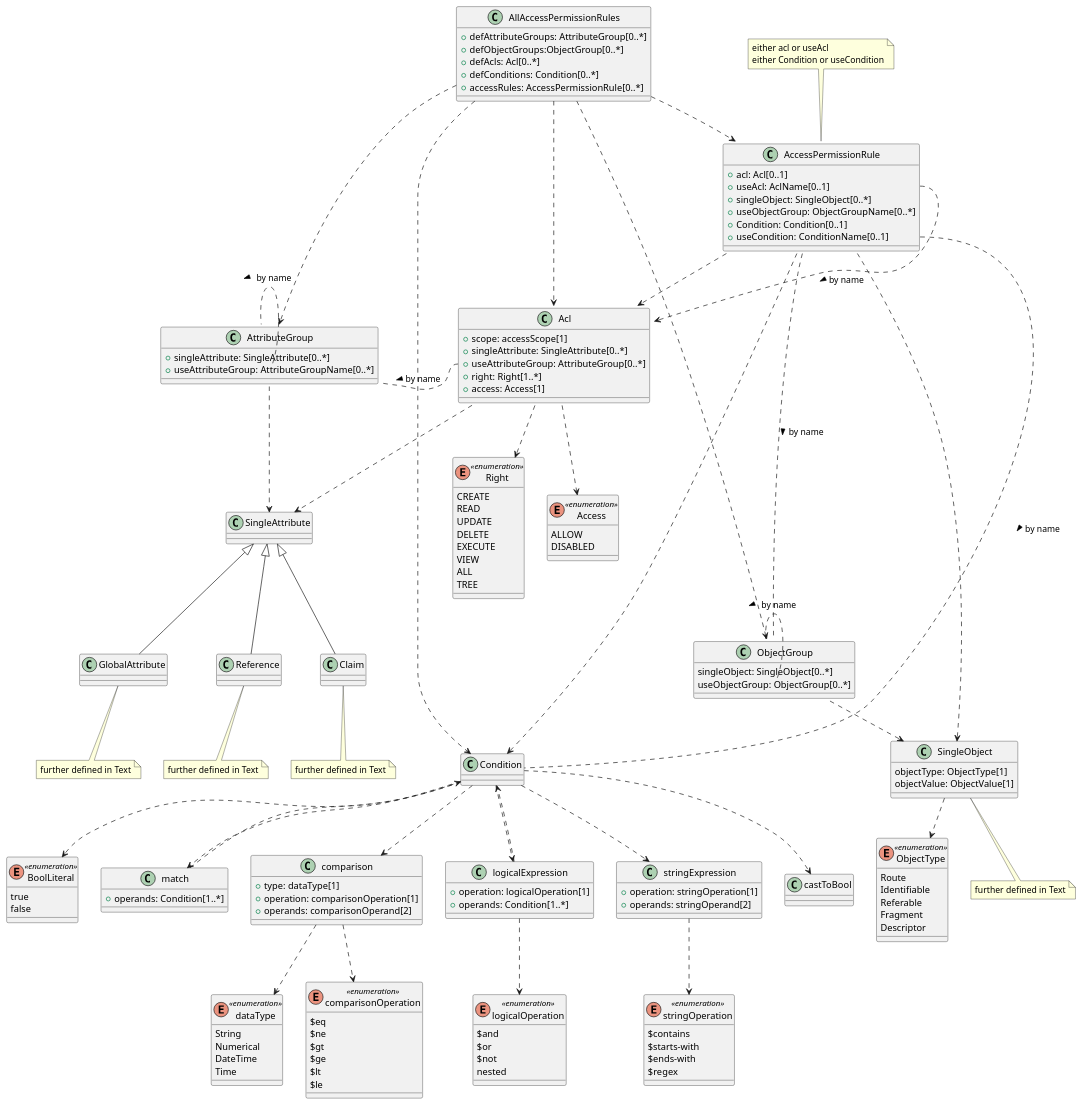
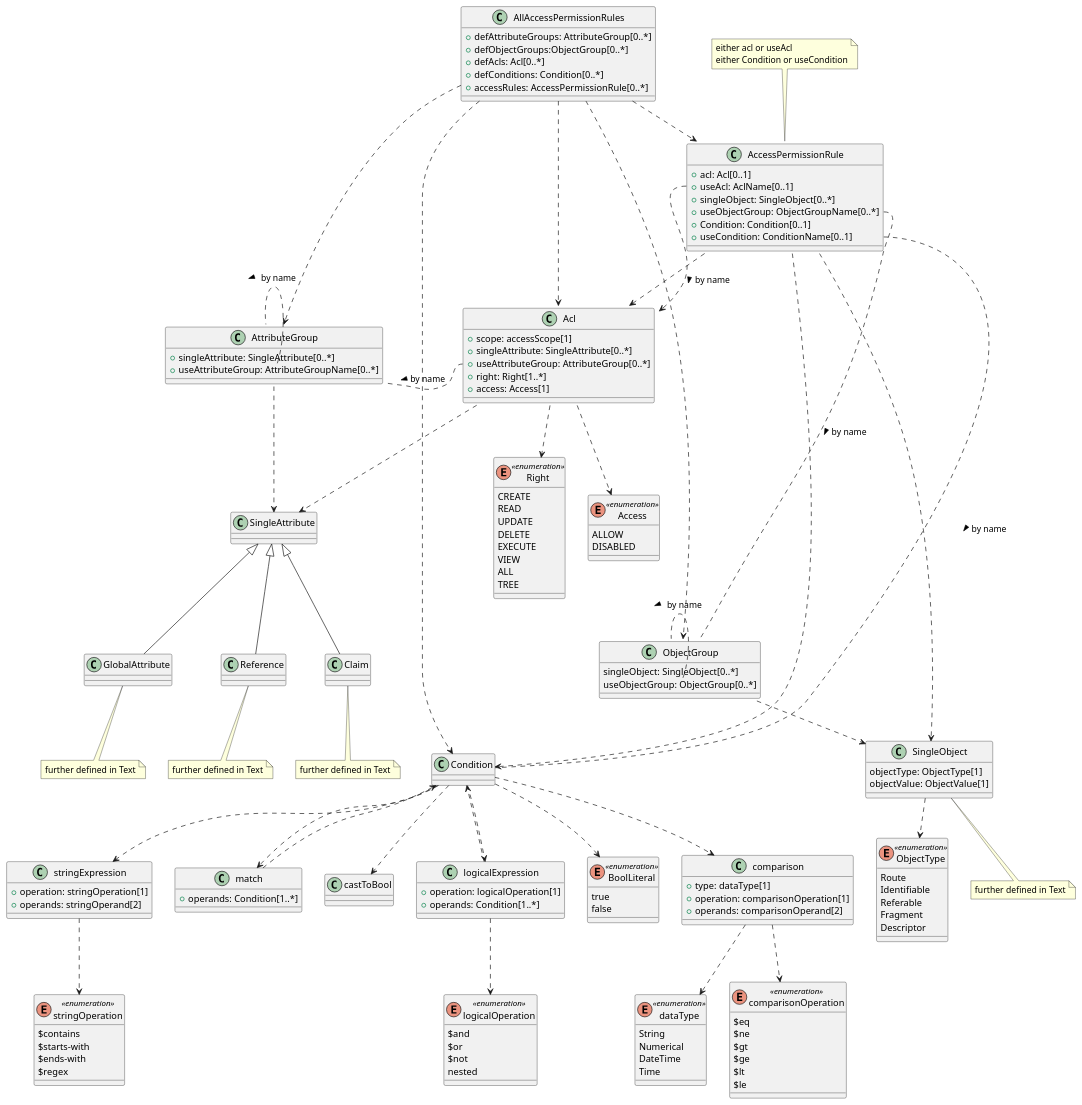
The diagram in documentation/IDTA-01004/modules/ROOT/partials/diagrams/access-rule-model.puml (admin-shell-io/aas-specs-security), drawn with PlantUML before and after one commit. The commit also changed 6 other files, not shown here.

```diff
--- a/documentation/IDTA-01004/modules/ROOT/partials/diagrams/access-rule-model.puml
+++ b/documentation/IDTA-01004/modules/ROOT/partials/diagrams/access-rule-model.puml
@@ -24,7 +24,7 @@
 AccessPermissionRule::useAcl ..> Acl: > by name
 AccessPermissionRule ..> Condition
 AccessPermissionRule ..> SingleObject
-AccessPermissionRule::useObjectGoup .. ObjectGroup: > by name
+AccessPermissionRule::useObjectGroup .. ObjectGroup: > by name
 AccessPermissionRule::useCondition .. Condition : > by name
 note top of AccessPermissionRule
 	either acl or useAcl
```
